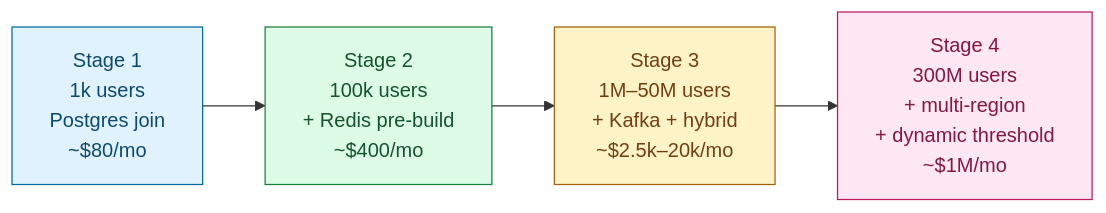
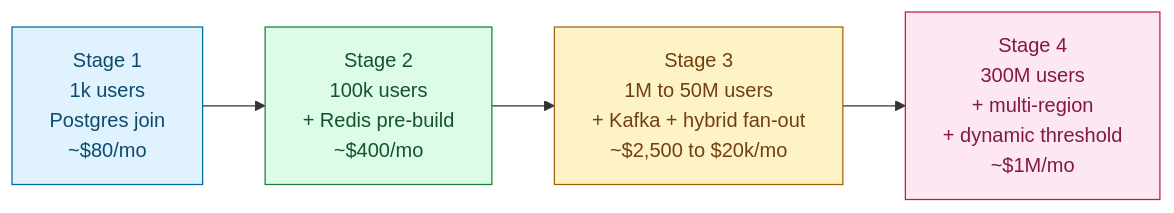
Before and after one commit to shiningflash/shiningflash.github.io: diagram 16 of 16 in _practice/system-design/002-news-feed.md, drawn with Mermaid. The commit also changed other lines of this file and 18 other files, not shown here.

````diff
--- a/_practice/system-design/002-news-feed.md
+++ b/_practice/system-design/002-news-feed.md
@@ -982,14 +903,14 @@
 ```mermaid
 flowchart LR
     S1["Stage 1\n1k users\nPostgres join\n~$80/mo"]:::s1
     S2["Stage 2\n100k users\n+ Redis pre-build\n~$400/mo"]:::s2
-    S3["Stage 3\n1M–50M users\n+ Kafka + hybrid\n~$2.5k–20k/mo"]:::s3
+    S3["Stage 3\n1M to 50M users\n+ Kafka + hybrid fan-out\n~$2,500 to $20k/mo"]:::s3
     S4["Stage 4\n300M users\n+ multi-region\n+ dynamic threshold\n~$1M/mo"]:::s4
 
     S1 --> S2 --> S3 --> S4
 
     classDef s1 fill:#e0f2fe,stroke:#0369a1,color:#0c4a6e
     classDef s2 fill:#dcfce7,stroke:#15803d,color:#14532d
     classDef s3 fill:#fef3c7,stroke:#a16207,color:#713f12
     classDef s4 fill:#fce7f3,stroke:#be185d,color:#831843
 ```
````
